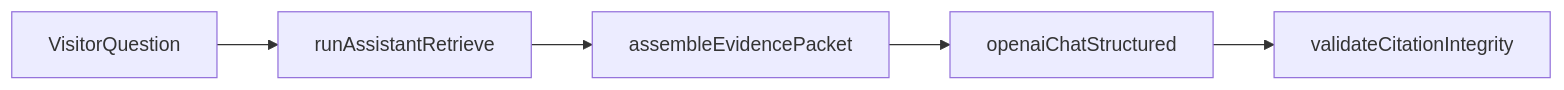
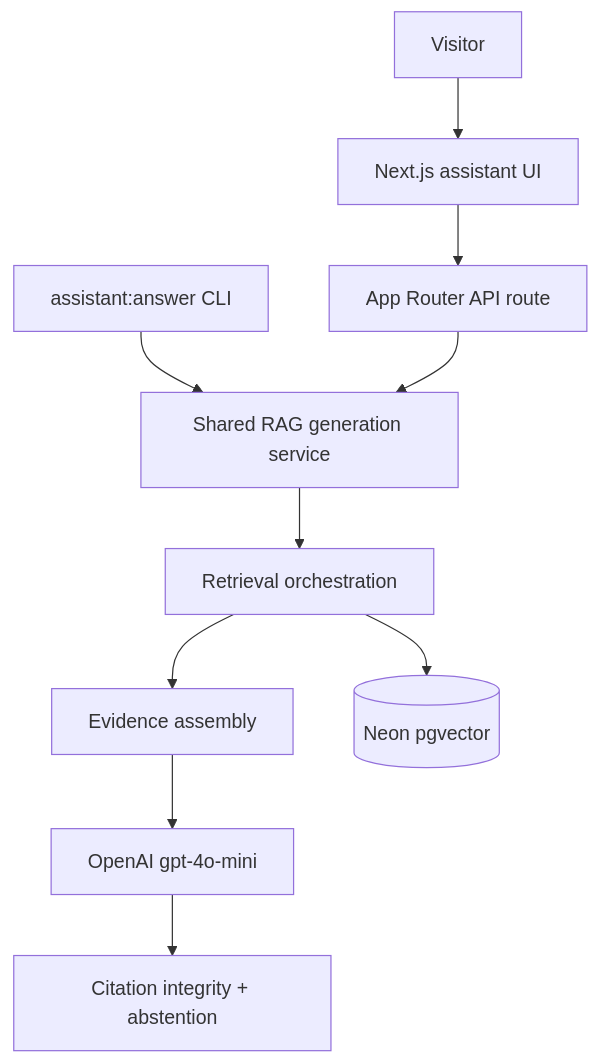
The diagram in .cursor/plans/2026-10-08-assistant-grounded-rag-generation.plan.md (mastermichaelt/portfolio), drawn with Mermaid before and after one commit. The commit also changed other lines of this file, not shown here.

First line of the commit message:
Expand grounded RAG plan for michaeltruong.ai deployment.

````diff
--- a/.cursor/plans/2026-10-08-assistant-grounded-rag-generation.plan.md
+++ b/.cursor/plans/2026-10-08-assistant-grounded-rag-generation.plan.md
@@ -74,12 +88,23 @@
 ```mermaid
-flowchart LR
-  question[VisitorQuestion]
-  retrieve[runAssistantRetrieve]
-  assemble[assembleEvidencePacket]
-  generate[openaiChatStructured]
-  validateIntegrity[validateCitationIntegrity]
-  question --> retrieve
+flowchart TB
+  visitor[Visitor]
+  ui[Next.js assistant UI]
+  api[App Router API route]
+  cli[assistant:answer CLI]
+  svc[Shared RAG generation service]
+  retrieve[Retrieval orchestration]
+  assemble[Evidence assembly]
+  openai[OpenAI gpt-4o-mini]
+  validate[Citation integrity + abstention]
+  neon[(Neon pgvector)]
+
+  visitor --> ui
+  ui --> api
+  cli --> svc
+  api --> svc
+  svc --> retrieve
+  retrieve --> neon
   retrieve --> assemble
-  assemble --> generate
-  generate --> validateIntegrity
+  assemble --> openai
+  openai --> validate
 ```
````
